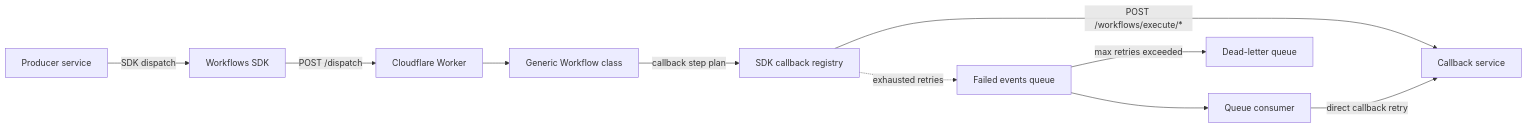
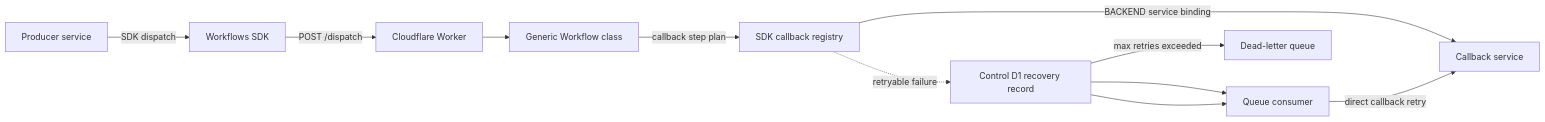
Before and after one commit to aashahin/cloudflare-workflows-worker: the diagram in README.md, drawn with Mermaid. The commit also changed other lines of this file and 24 other files, not shown here.

First line of the commit message:
harden workflows worker receipts and failed-event delivery

````diff
--- a/README.md
+++ b/README.md
@@ -31,12 +32,13 @@
 ```mermaid
 flowchart LR
   A[Producer service] -->|SDK dispatch| B[Workflows SDK]
   B -->|POST /dispatch| C[Cloudflare Worker]
   C --> D[Generic Workflow class]
   D -->|callback step plan| E[SDK callback registry]
-  E -->|POST /workflows/execute/*| F[Callback service]
-  E -. exhausted retries .-> G[Failed events queue]
+  E -->|BACKEND service binding| F[Callback service]
+  E -. retryable failure .-> G[Control D1 recovery record]
+  G --> H[Opaque record ID on failed-events Queue]
   G --> H[Queue consumer]
   H -->|direct callback retry| F
   G -->|max retries exceeded| I[Dead-letter queue]
 ```
````
